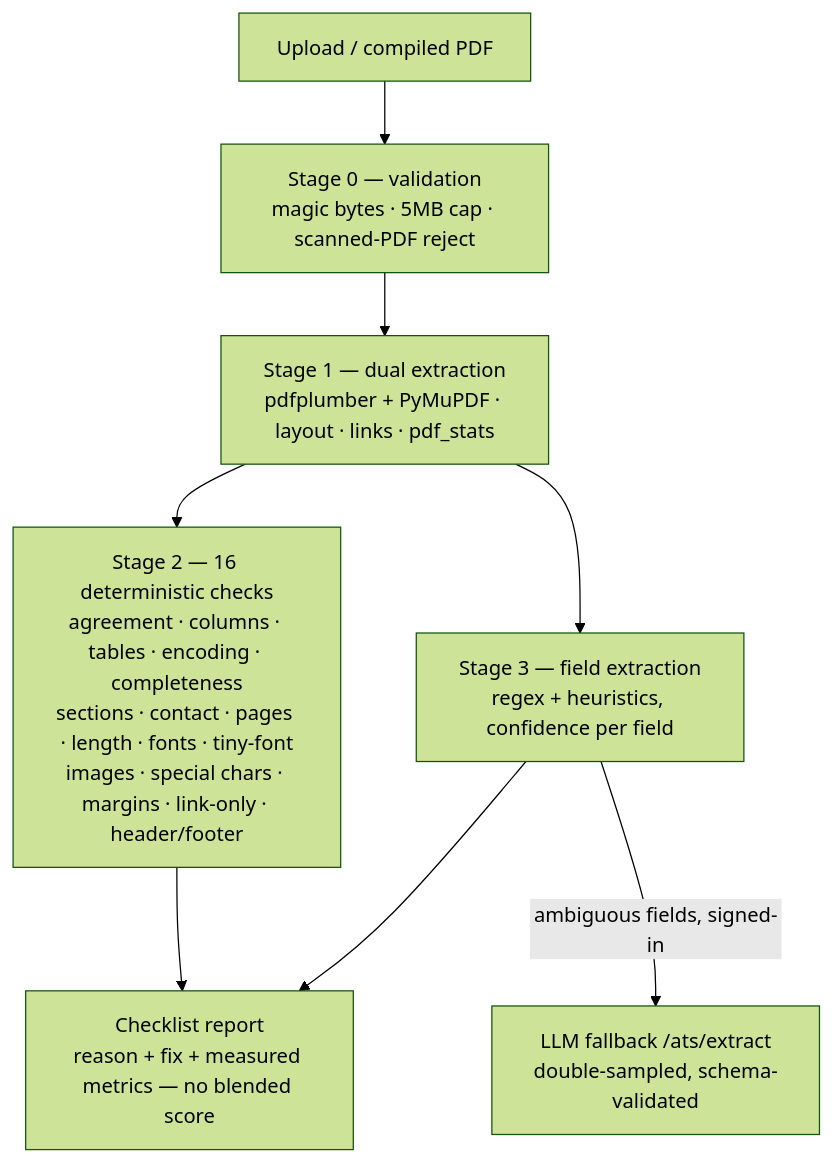
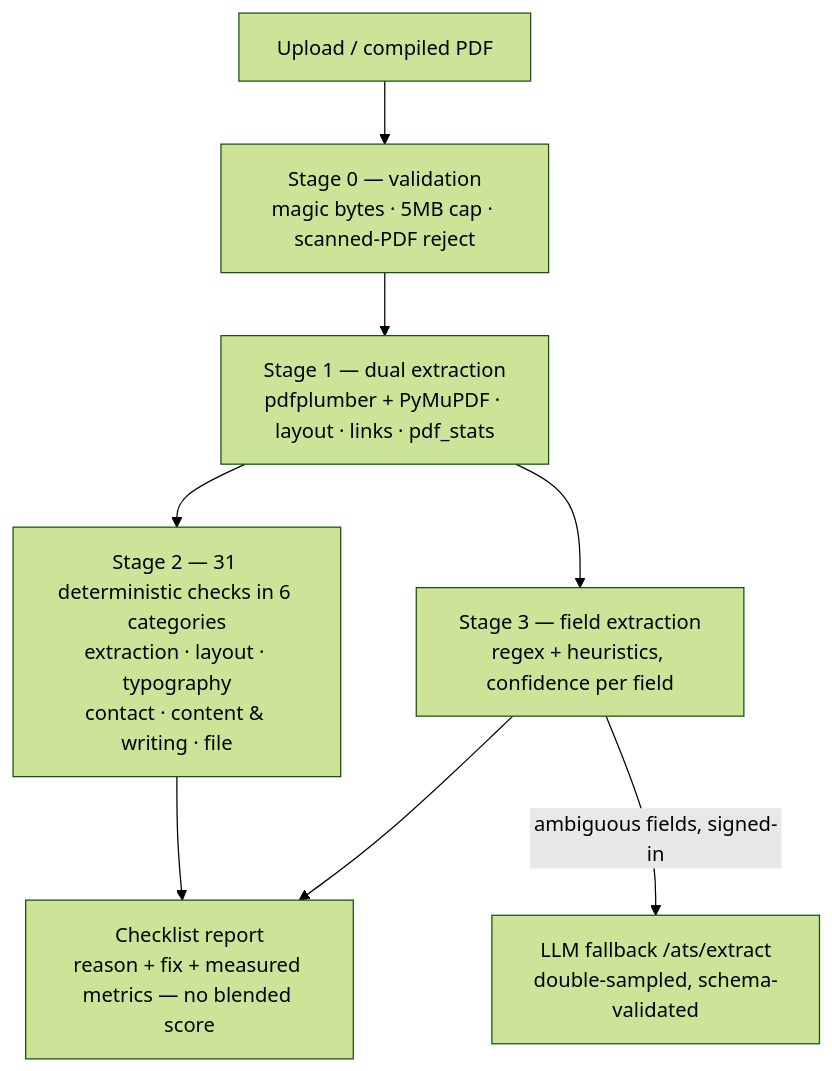
One commit to EmaadAkhter/Resume-Libre changed the third of 3 diagrams in README.md. Above: the diagram before and after it, drawn with Mermaid (forest theme). The commit also changed other lines of this file and 2 other files, not shown here.

First line of the commit message:
docs: sync README/CHANGELOG/ARCHITECTURE with the shipped feature set

````diff
--- a/README.md
+++ b/README.md
@@ -121,10 +122,10 @@
 ```mermaid
 flowchart TD
     UP["Upload / compiled PDF"] --> S0["Stage 0 — validation<br/>magic bytes · 5MB cap · scanned-PDF reject"]
     S0 --> S1["Stage 1 — dual extraction<br/>pdfplumber + PyMuPDF · layout · links · pdf_stats"]
-    S1 --> S2["Stage 2 — 16 deterministic checks<br/>agreement · columns · tables · encoding · completeness<br/>sections · contact · pages · length · fonts · tiny-font<br/>images · special chars · margins · link-only · header/footer"]
+    S1 --> S2["Stage 2 — 31 deterministic checks in 6 categories<br/>extraction · layout · typography<br/>contact · content & writing · file"]
     S1 --> S3["Stage 3 — field extraction<br/>regex + heuristics, confidence per field"]
     S3 -->|ambiguous fields, signed-in| LLMF["LLM fallback /ats/extract<br/>double-sampled, schema-validated"]
     S2 --> REP["Checklist report<br/>reason + fix + measured metrics — no blended score"]
     S3 --> REP
 ```
````
